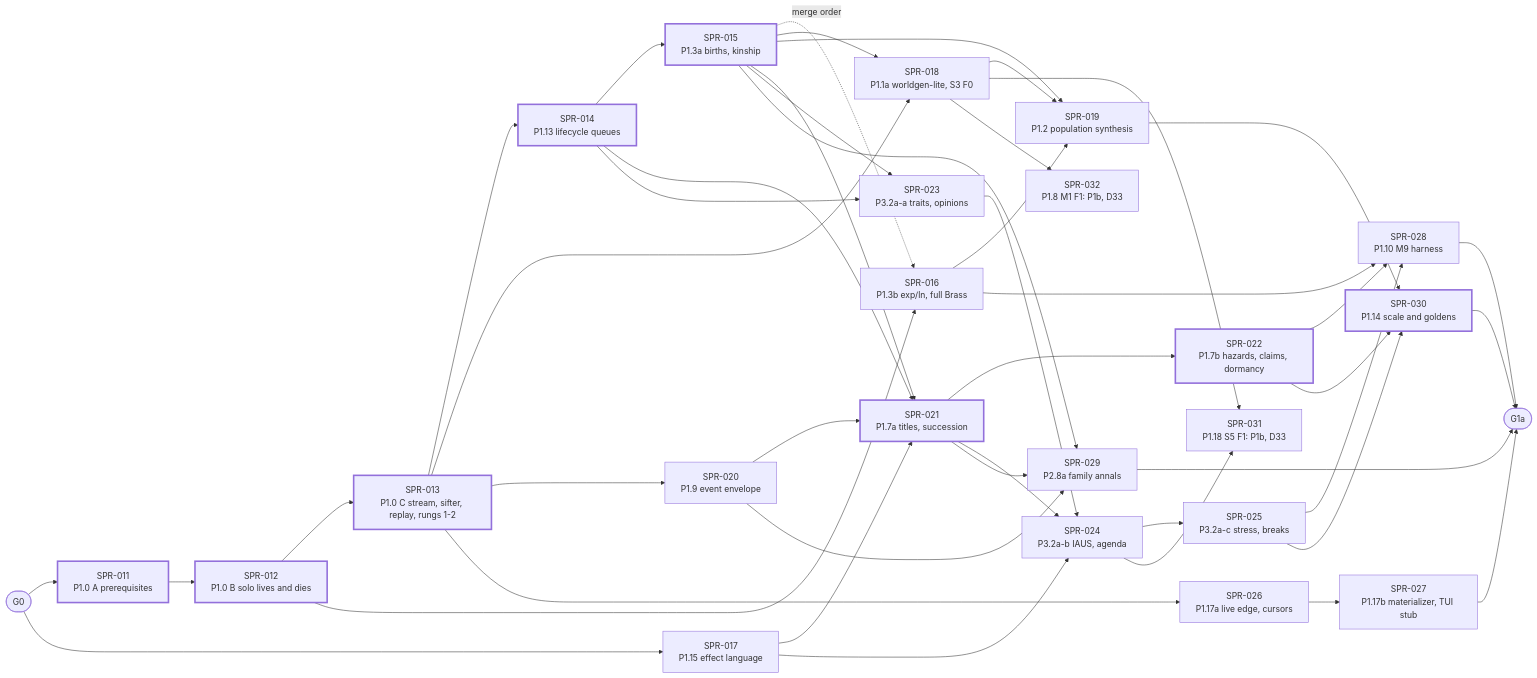
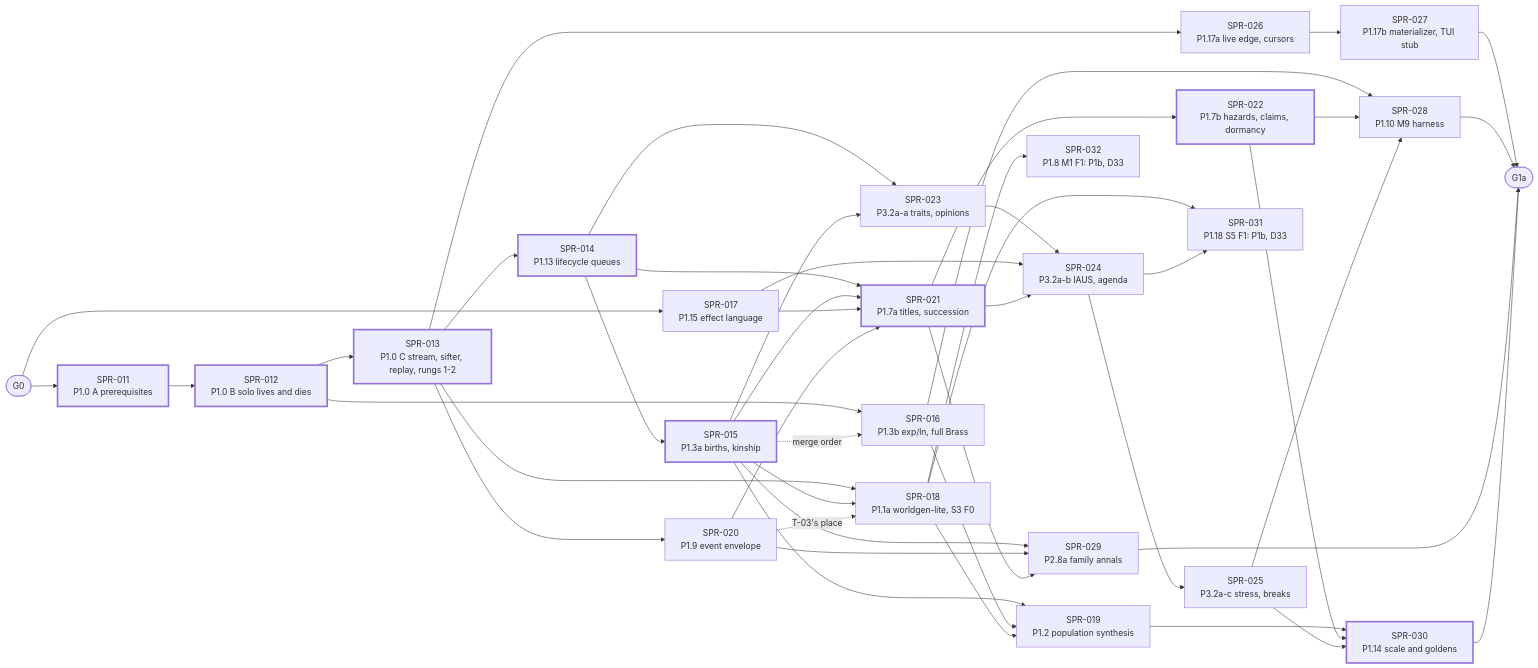
One commit to BigRigVibeCoder/Rehoboam changed the diagram in CODEX/05_PROJECT/PRJ-002_P1aPlan.md. Above: the diagram before and after it, drawn with Mermaid. The commit also changed other lines of this file and 4 other files, not shown here.

````diff
--- a/CODEX/05_PROJECT/PRJ-002_P1aPlan.md
+++ b/CODEX/05_PROJECT/PRJ-002_P1aPlan.md
@@ -59,48 +59,49 @@
 ```mermaid
 flowchart LR
   G0([G0]) --> S011[SPR-011<br/>P1.0 A prerequisites]
   S011 --> S012[SPR-012<br/>P1.0 B solo lives and dies]
   S012 --> S013[SPR-013<br/>P1.0 C stream, sifter, replay, rungs 1-2]
   S013 --> S014[SPR-014<br/>P1.13 lifecycle queues]
   S014 --> S015[SPR-015<br/>P1.3a births, kinship]
   S012 --> S016[SPR-016<br/>P1.3b exp/ln, full Brass]
   S015 -.merge order.-> S016
   G0 --> S017[SPR-017<br/>P1.15 effect language]
   S013 --> S018[SPR-018<br/>P1.1a worldgen-lite, S3 F0]
   S015 --> S018
   S015 --> S019[SPR-019<br/>P1.2 population synthesis]
   S016 --> S019
   S018 --> S019
   S013 --> S020[SPR-020<br/>P1.9 event envelope]
+  S020 -.T-03's place.-> S018
   S014 --> S021[SPR-021<br/>P1.7a titles, succession]
   S015 --> S021
   S017 --> S021
   S020 --> S021
   S021 --> S022[SPR-022<br/>P1.7b hazards, claims, dormancy]
   S014 --> S023[SPR-023<br/>P3.2a-a traits, opinions]
   S015 --> S023
   S023 --> S024[SPR-024<br/>P3.2a-b IAUS, agenda]
   S017 --> S024
   S021 --> S024
   S024 --> S025[SPR-025<br/>P3.2a-c stress, breaks]
   S013 --> S026[SPR-026<br/>P1.17a live edge, cursors]
   S026 --> S027[SPR-027<br/>P1.17b materializer, TUI stub]
   S016 --> S028[SPR-028<br/>P1.10 M9 harness]
   S022 --> S028
   S025 --> S028
   S015 --> S029[SPR-029<br/>P2.8a family annals]
   S020 --> S029
   S021 --> S029
   S019 --> S030[SPR-030<br/>P1.14 scale and goldens]
   S022 --> S030
   S025 --> S030
   S018 --> S031[SPR-031<br/>P1.18 S5 F1: P1b, D33]
   S024 --> S031
   S018 --> S032[SPR-032<br/>P1.8 M1 F1: P1b, D33]
   S027 --> G1a([G1a])
   S028 --> G1a
   S029 --> G1a
   S030 --> G1a
   classDef crit stroke-width:3px
   class S011,S012,S013,S014,S015,S021,S022,S030 crit
 ```
````
